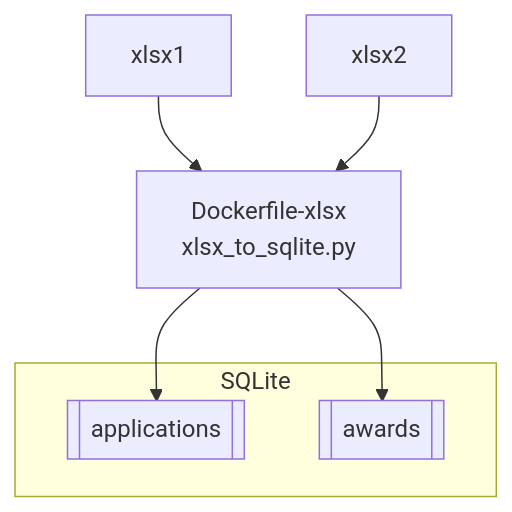
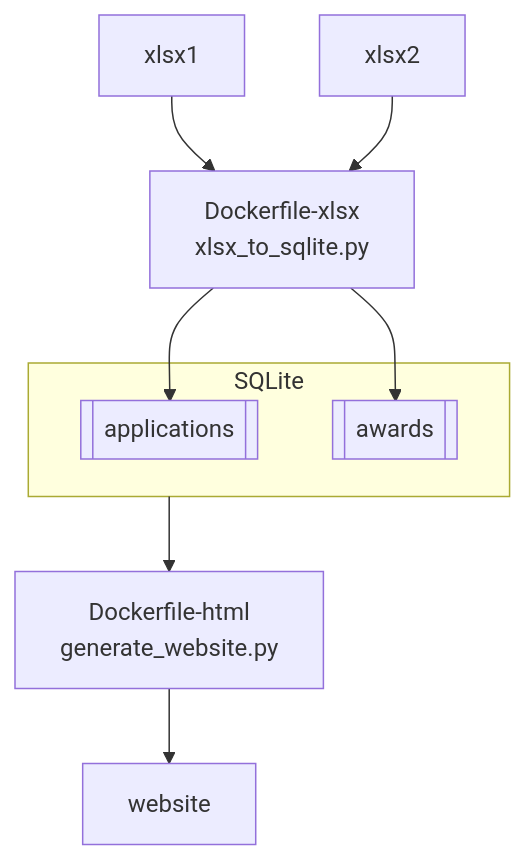
The diagram in README.md (opennebraska/nsorg), drawn with Mermaid before and after one commit.

Commit message:
Diagram out to HTML

````diff
--- a/README.md
+++ b/README.md
@@ -15,12 +15,15 @@
 ```mermaid
 flowchart TD
   xlsx1-->Dockerfile-xlsx["`Dockerfile-xlsx
     xlsx_to_sqlite.py`"]
   xlsx2-->Dockerfile-xlsx
   Dockerfile-xlsx-->applications[[applications]]
   Dockerfile-xlsx-->awards[[awards]]
   subgraph SQLite1 [SQLite]
     applications
     awards
   end
+  SQLite1-->Dockerfile-html["`Dockerfile-html
+    generate_website.py`"]
+  Dockerfile-html-->website
 ```
````
